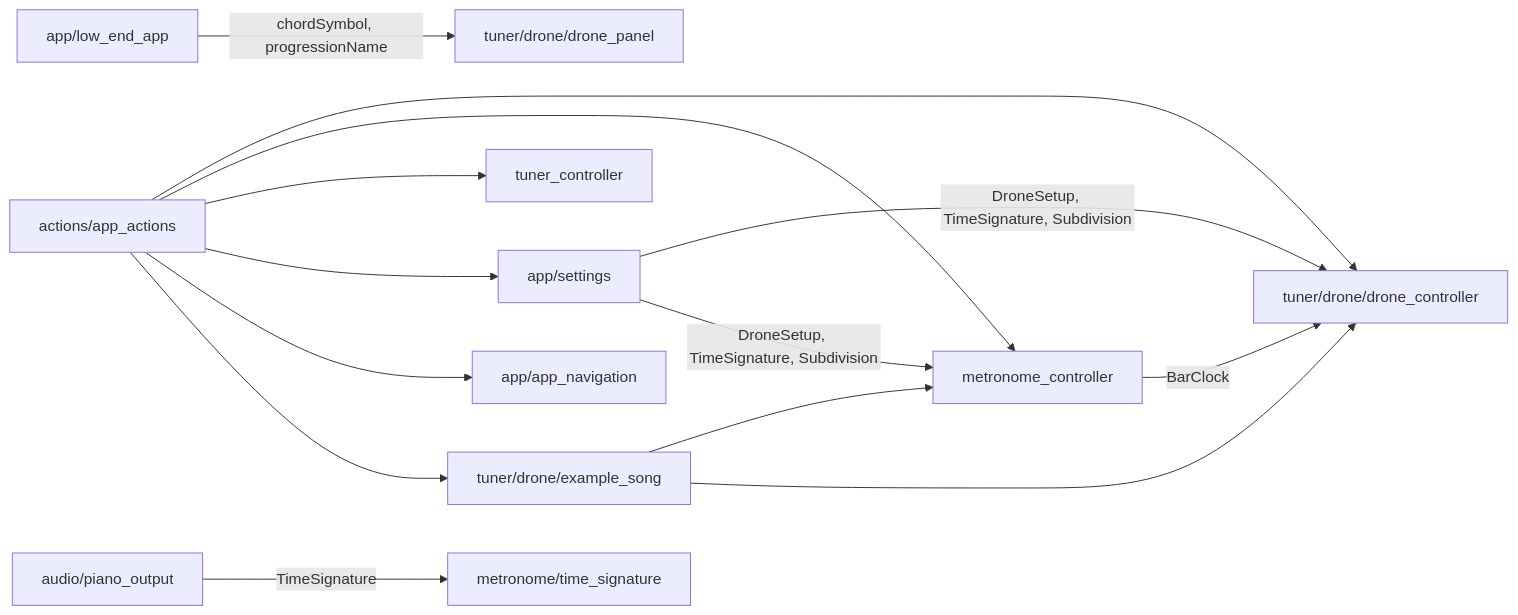
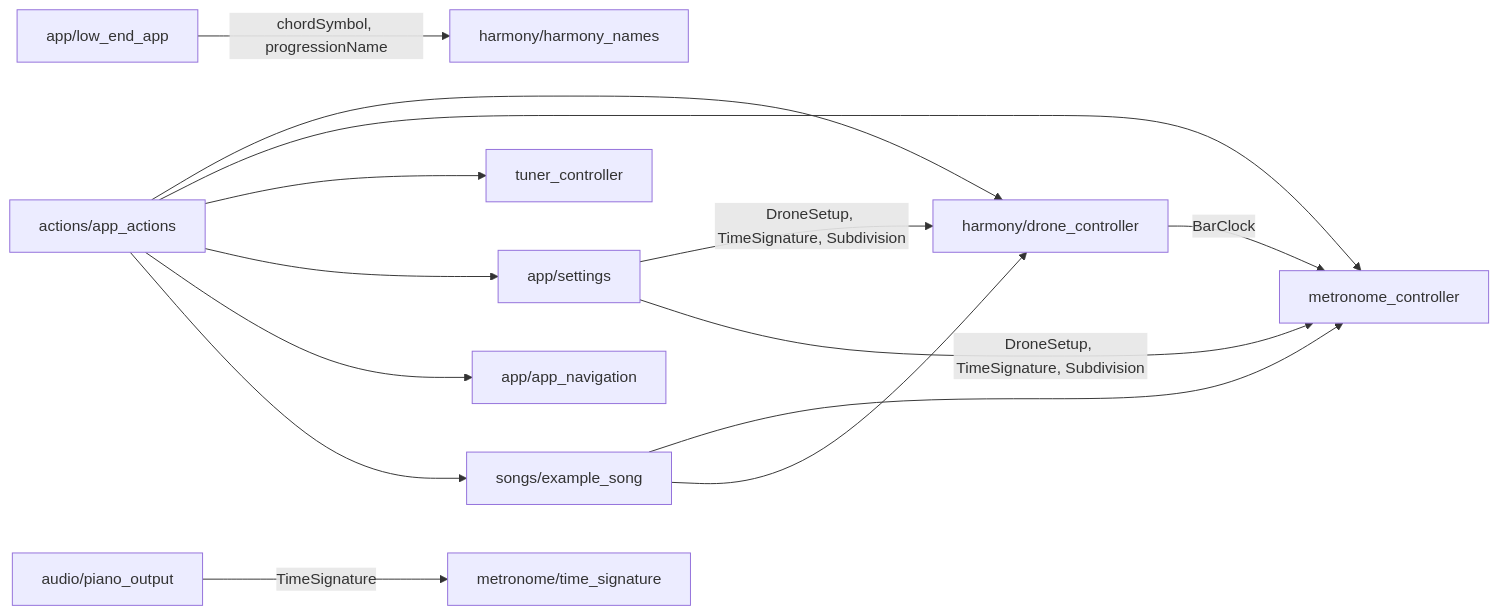
The second of 3 diagrams in docs/specs/architettura.md (luigir86/low-end), drawn with Mermaid before and after one commit. The commit also changed other lines of this file and 43 other files, not shown here.

````diff
--- a/docs/specs/architettura.md
+++ b/docs/specs/architettura.md
@@ -85,10 +85,10 @@
 ```mermaid
 flowchart LR
-  MC[metronome_controller] -->|BarClock| DC[tuner/drone/drone_controller]
-  ES[tuner/drone/example_song] --> MC
+  DC[harmony/drone_controller] -->|BarClock| MC[metronome_controller]
+  ES[songs/example_song] --> MC
   ES --> DC
-  LEA[app/low_end_app] -->|chordSymbol, progressionName| DPN[tuner/drone/drone_panel]
+  LEA[app/low_end_app] -->|chordSymbol, progressionName| DPN[harmony/harmony_names]
   ACT[actions/app_actions] --> DC & MC & TC[tuner_controller] & SET[app/settings] & NAV[app/app_navigation] & ES
   SET -->|DroneSetup, TimeSignature, Subdivision| DC & MC
   PO[audio/piano_output] -->|TimeSignature| MCF[metronome/time_signature]
 ```
````
